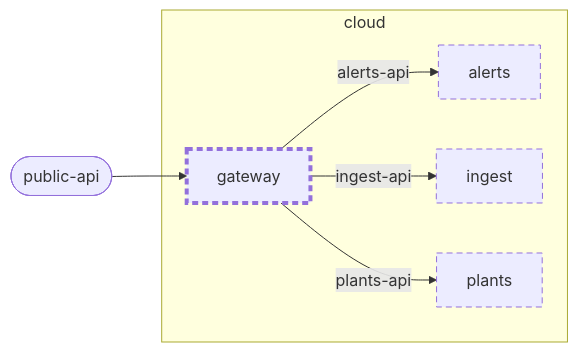
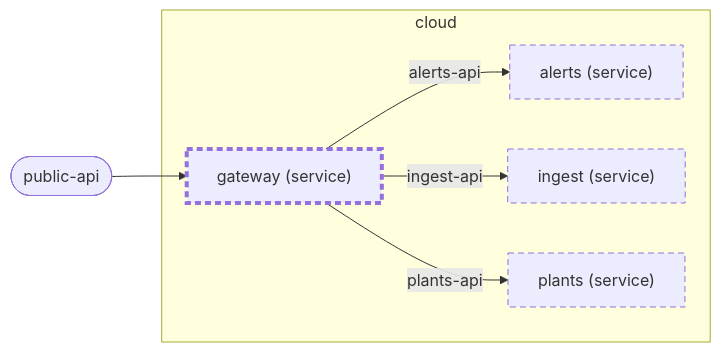
Before and after one commit to wackazong/unifold: the diagram in examples/plantwatch/cloud/services/gateway/docs/diagrams/context.md, drawn with Mermaid. The commit also changed other lines of this file and 339 other files, not shown here.

````diff
--- a/examples/plantwatch/cloud/services/gateway/docs/diagrams/context.md
+++ b/examples/plantwatch/cloud/services/gateway/docs/diagrams/context.md
@@ -8,20 +8,20 @@
 ```mermaid
 flowchart LR
   subgraph u_cloud["cloud"]
-    u_cloud__services__alerts["alerts"]
-    u_cloud__services__gateway["gateway"]
-    u_cloud__services__ingest["ingest"]
-    u_cloud__services__plants["plants"]
+    u_cloud__services__alerts["alerts (service)"]
+    u_cloud__services__gateway["gateway (service)"]
+    u_cloud__services__ingest["ingest (service)"]
+    u_cloud__services__plants["plants (service)"]
   end
   p_cloud___public_dapi(["public-api"])
   u_cloud__services__gateway -->|"ingest-api"| u_cloud__services__ingest
   u_cloud__services__gateway -->|"plants-api"| u_cloud__services__plants
   u_cloud__services__gateway -->|"alerts-api"| u_cloud__services__alerts
   p_cloud___public_dapi --> u_cloud__services__gateway
   classDef focus stroke-width:4px
   classDef planned stroke-dasharray:6 4
   classDef deprecated stroke-dasharray:2 2,opacity:0.6
   classDef plain stroke-dasharray:2 3
   class u_cloud__services__alerts,u_cloud__services__gateway,u_cloud__services__ingest,u_cloud__services__plants planned
   class u_cloud__services__gateway focus
 ```
````
